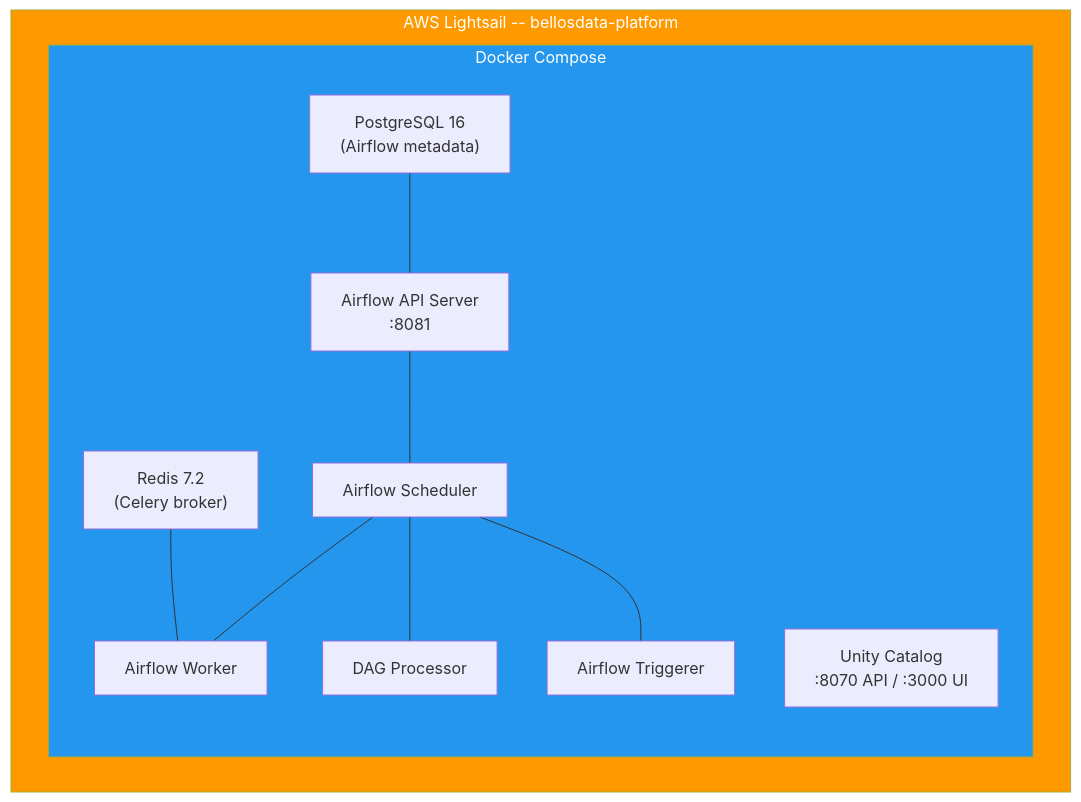
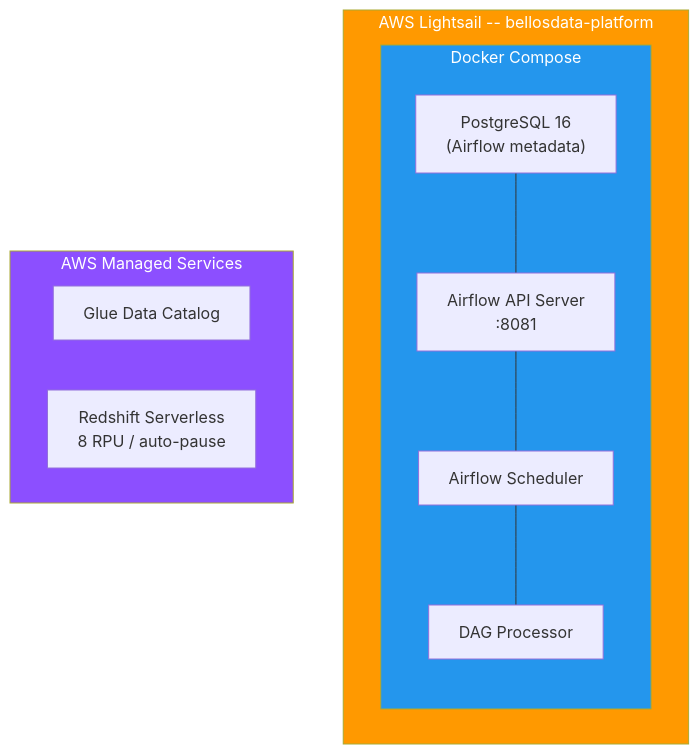
Before and after one commit to TimiOlayinka/bellosdata-lakehouse: the third of 3 diagrams in README.md, drawn with Mermaid. The commit also changed other lines of this file and 4 other files, not shown here.

First line of the commit message:
feat: migrate catalog + query layer to AWS Glue + Redshift Serverless

````diff
--- a/README.md
+++ b/README.md
@@ -298,25 +297,24 @@
 ```mermaid
 flowchart TB
     subgraph LIGHTSAIL["AWS Lightsail -- bellosdata-platform"]
         subgraph DOCKER["Docker Compose"]
             PG["PostgreSQL 16\n(Airflow metadata)"]
-            RD["Redis 7.2\n(Celery broker)"]
             API["Airflow API Server\n:8081"]
             SCH["Airflow Scheduler"]
-            WRK["Airflow Worker"]
-            TRG["Airflow Triggerer"]
             DAG["DAG Processor"]
-            UC["Unity Catalog\n:8070 API / :3000 UI"]
         end
     end
 
+    subgraph MANAGED["AWS Managed Services"]
+        GLUE["Glue Data Catalog"]
+        RS["Redshift Serverless\n8 RPU / auto-pause"]
+    end
+
     PG --- API
-    RD --- WRK
     API --- SCH
-    SCH --- WRK
     SCH --- DAG
-    SCH --- TRG
 
     style LIGHTSAIL fill:#FF9900,color:#fff
     style DOCKER fill:#2496ED,color:#fff
+    style MANAGED fill:#8C4FFF,color:#fff
 ```
````
